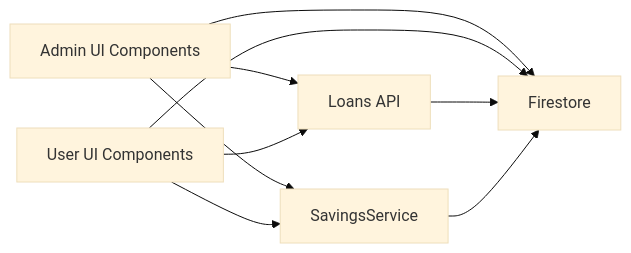
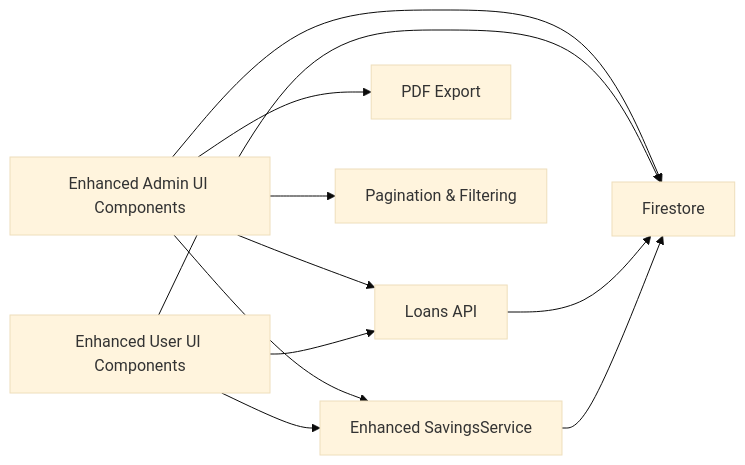
The eighth of 8 diagrams in .qoder/repowiki/en/content/Loan Management System/Loan Repayment System.md (Unsure-bry/sampacoop_system), drawn with Mermaid (base theme) before and after one commit. The commit also changed other lines of this file and 6 other files, not shown here.

````diff
--- a/.qoder/repowiki/en/content/Loan Management System/Loan Repayment System.md
+++ b/.qoder/repowiki/en/content/Loan Management System/Loan Repayment System.md
@@ -312,11 +341,13 @@
 ```mermaid
 graph LR
-UI_Admin["Admin UI Components"] --> API["Loans API"]
-UI_User["User UI Components"] --> API
+UI_Admin["Enhanced Admin UI Components"] --> API["Loans API"]
+UI_User["Enhanced User UI Components"] --> API
 UI_Admin --> FS["Firestore"]
 UI_User --> FS
 API --> FS
-UI_Admin --> Savings["SavingsService"]
+UI_Admin --> Savings["Enhanced SavingsService"]
 UI_User --> Savings
 Savings --> FS
+UI_Admin --> PDF["PDF Export"]
+UI_Admin --> Pagination["Pagination & Filtering"]
 ```
````
